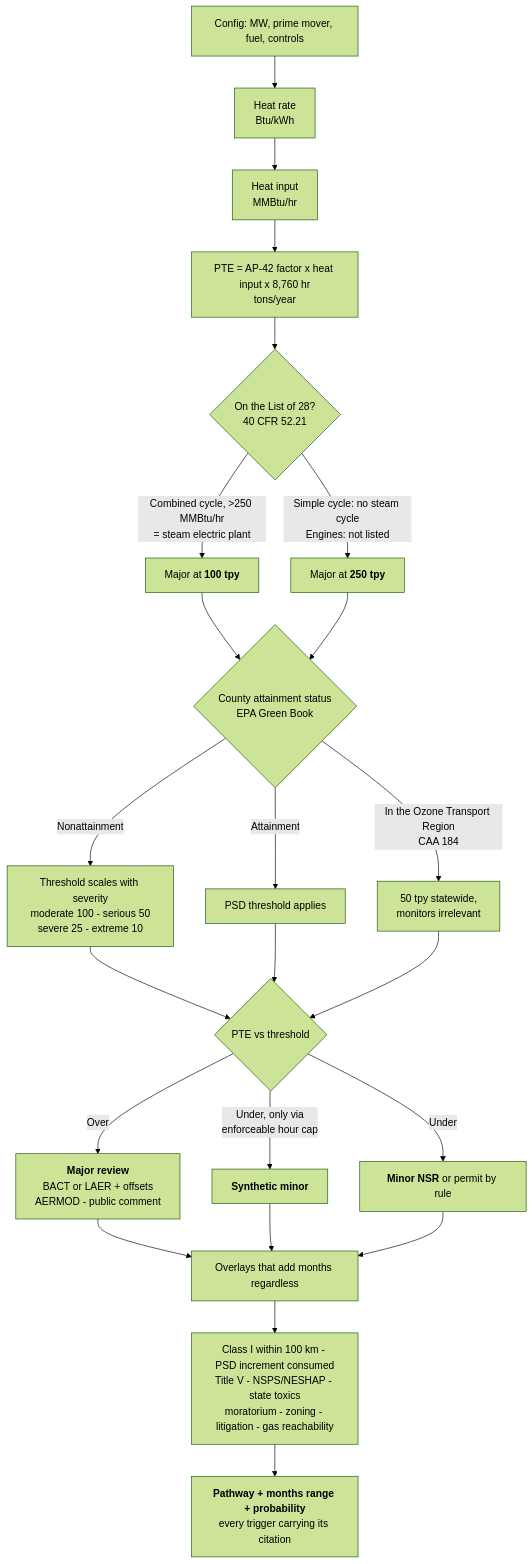
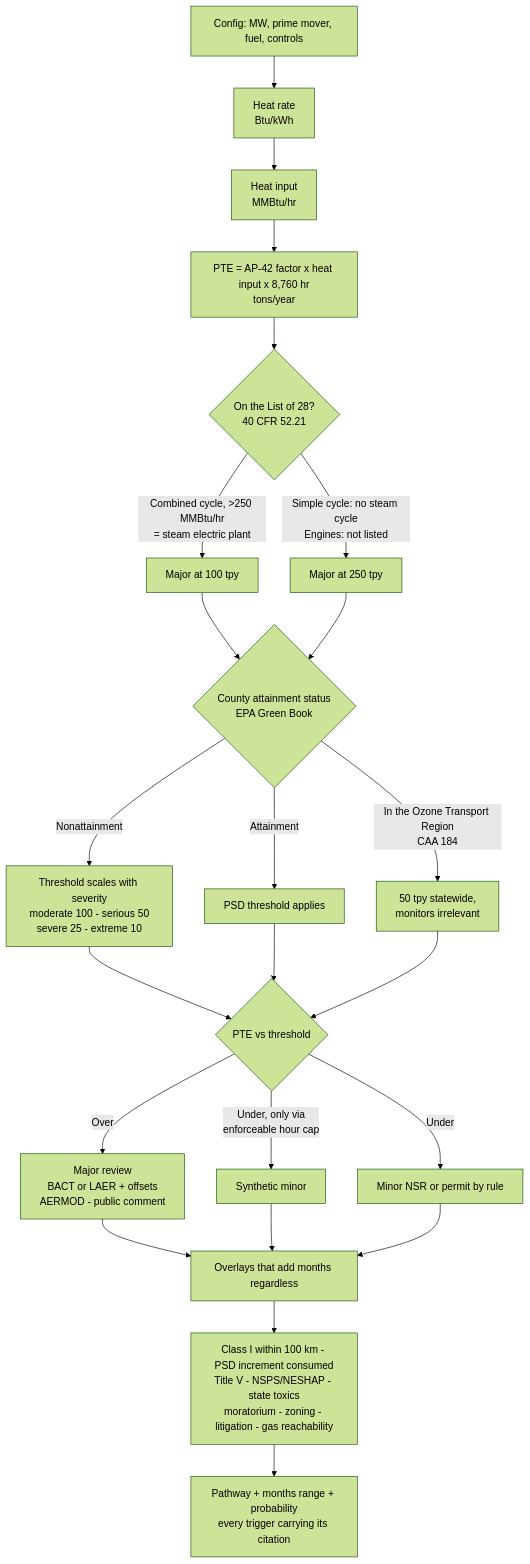
One commit to akshatsingh-dev/groundtruth changed the first of 2 diagrams in README.md. Above: the diagram before and after it, drawn with Mermaid (forest theme).

Commit message:
Drop <b> tags from mermaid labels
GitHub's mermaid renderer does not enable HTML labels by default, so the tags
would show literally. <br/> is fine and stays.

````diff
--- a/README.md
+++ b/README.md
@@ -39,32 +39,32 @@
 ```mermaid
 flowchart TD
     A["Config: MW, prime mover, fuel, controls"] --> B["Heat rate<br/>Btu/kWh"]
     B --> C["Heat input<br/>MMBtu/hr"]
     C --> D["PTE = AP-42 factor x heat input x 8,760 hr<br/>tons/year"]
 
     D --> E{"On the List of 28?<br/>40 CFR 52.21"}
-    E -->|"Combined cycle, >250 MMBtu/hr<br/>= steam electric plant"| F["Major at <b>100 tpy</b>"]
-    E -->|"Simple cycle: no steam cycle<br/>Engines: not listed"| G["Major at <b>250 tpy</b>"]
+    E -->|"Combined cycle, >250 MMBtu/hr<br/>= steam electric plant"| F["Major at 100 tpy"]
+    E -->|"Simple cycle: no steam cycle<br/>Engines: not listed"| G["Major at 250 tpy"]
 
     F --> H{"County attainment status<br/>EPA Green Book"}
     G --> H
 
     H -->|"Nonattainment"| I["Threshold scales with severity<br/>moderate 100 - serious 50<br/>severe 25 - extreme 10"]
     H -->|"Attainment"| J["PSD threshold applies"]
     H -->|"In the Ozone Transport Region<br/>CAA 184"| K["50 tpy statewide,<br/>monitors irrelevant"]
 
     I --> L{"PTE vs threshold"}
     J --> L
     K --> L
 
-    L -->|"Over"| M["<b>Major review</b><br/>BACT or LAER + offsets<br/>AERMOD - public comment"]
-    L -->|"Under, only via<br/>enforceable hour cap"| N["<b>Synthetic minor</b>"]
-    L -->|"Under"| O["<b>Minor NSR</b> or permit by rule"]
+    L -->|"Over"| M["Major review<br/>BACT or LAER + offsets<br/>AERMOD - public comment"]
+    L -->|"Under, only via<br/>enforceable hour cap"| N["Synthetic minor"]
+    L -->|"Under"| O["Minor NSR or permit by rule"]
 
     M --> P["Overlays that add months regardless"]
     N --> P
     O --> P
 
     P --> Q["Class I within 100 km - PSD increment consumed<br/>Title V - NSPS/NESHAP - state toxics<br/>moratorium - zoning - litigation - gas reachability"]
-    Q --> R["<b>Pathway + months range + probability</b><br/>every trigger carrying its citation"]
+    Q --> R["Pathway + months range + probability<br/>every trigger carrying its citation"]
 ```
````
